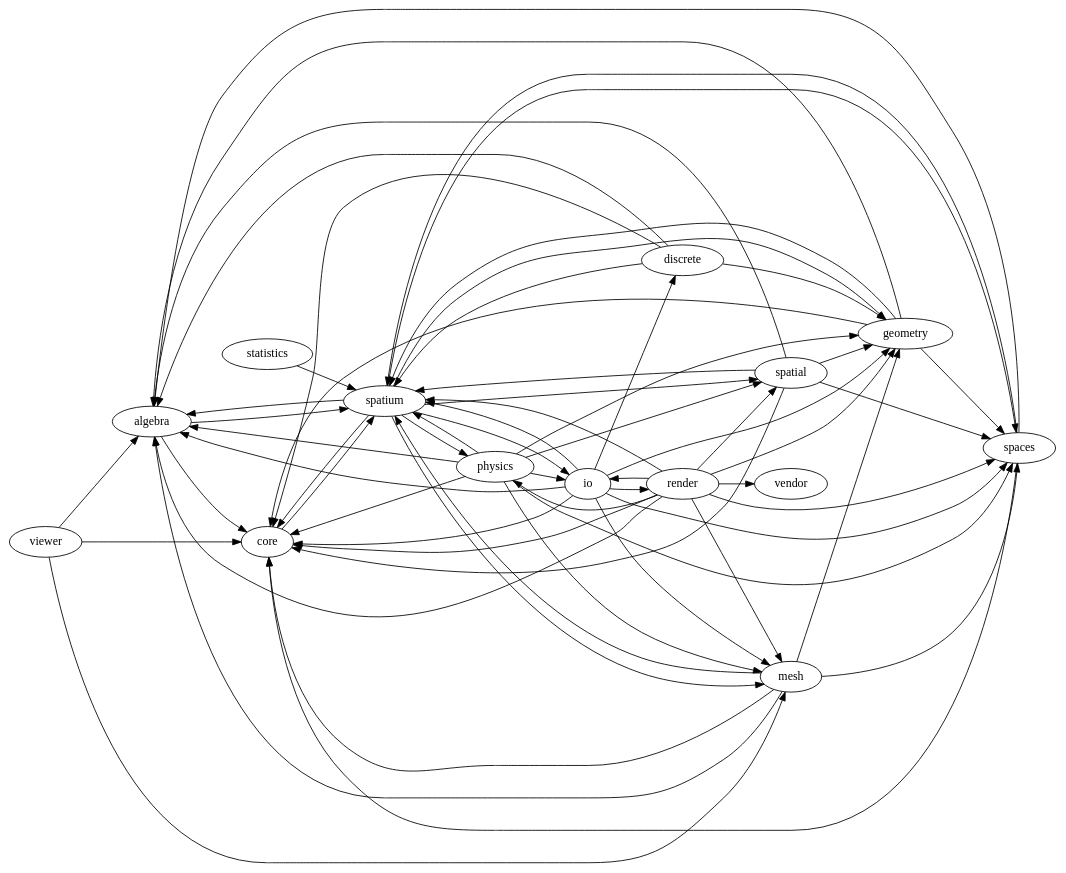
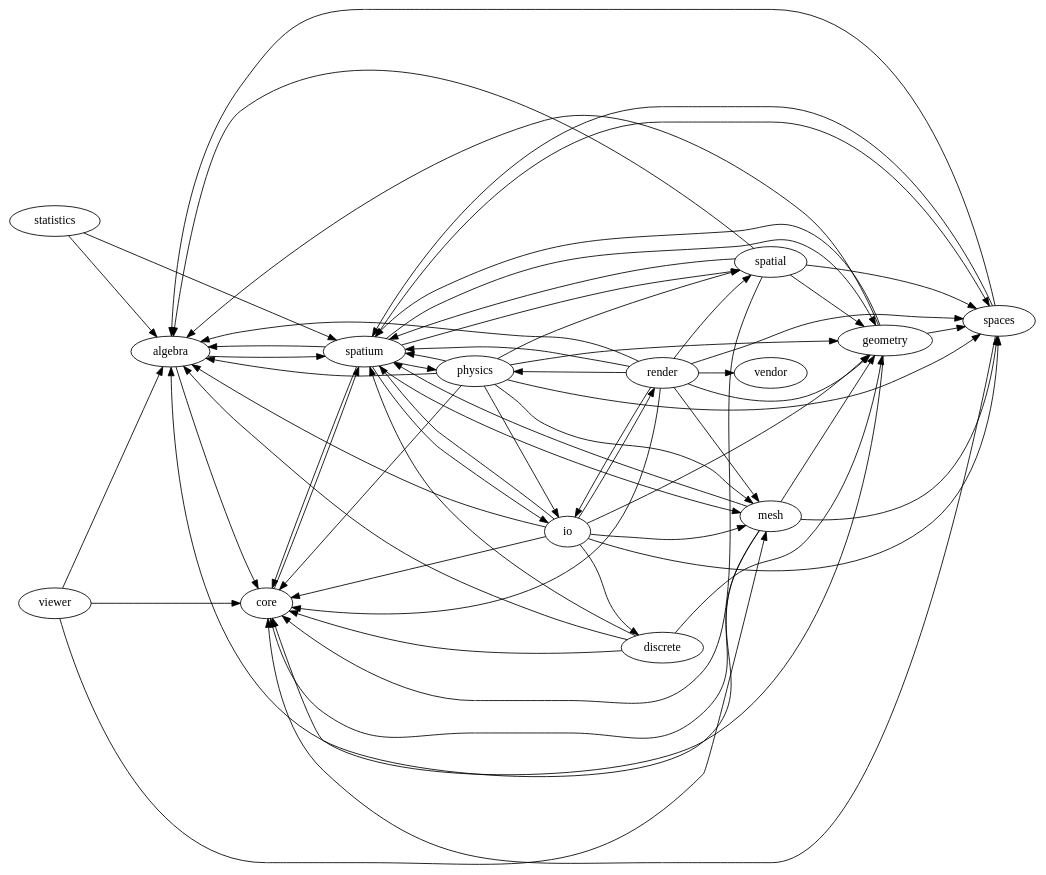
Before and after one commit to Vaniell0/spatium: the diagram in docs/dependency-graph.dot, drawn with Graphviz. The commit also changed 14 other files, not shown here.

First line of the commit message:
algebra, statistics: a tree that scores a row, grown by CART; a policy distilled into trees (#168)

```diff
--- a/docs/dependency-graph.dot
+++ b/docs/dependency-graph.dot
@@ -1,65 +1,66 @@
 digraph spatium_dependencies {
     rankdir=LR;
     "algebra" -> "core";
     "algebra" -> "spatium";
     "core" -> "spatium";
     "discrete" -> "algebra";
     "discrete" -> "core";
     "discrete" -> "geometry";
     "discrete" -> "spatium";
     "geometry" -> "algebra";
     "geometry" -> "core";
     "geometry" -> "spaces";
     "geometry" -> "spatium";
     "io" -> "algebra";
     "io" -> "core";
     "io" -> "discrete";
     "io" -> "geometry";
     "io" -> "mesh";
     "io" -> "render";
     "io" -> "spaces";
     "io" -> "spatium";
     "mesh" -> "algebra";
     "mesh" -> "core";
     "mesh" -> "geometry";
     "mesh" -> "spaces";
     "mesh" -> "spatium";
     "physics" -> "algebra";
     "physics" -> "core";
     "physics" -> "geometry";
     "physics" -> "io";
     "physics" -> "mesh";
     "physics" -> "spaces";
     "physics" -> "spatial";
     "physics" -> "spatium";
     "render" -> "algebra";
     "render" -> "core";
     "render" -> "geometry";
     "render" -> "io";
     "render" -> "mesh";
     "render" -> "physics";
     "render" -> "spaces";
     "render" -> "spatial";
     "render" -> "spatium";
     "render" -> "vendor";
     "spaces" -> "algebra";
     "spaces" -> "core";
     "spaces" -> "spatium";
     "spatial" -> "algebra";
     "spatial" -> "core";
     "spatial" -> "geometry";
     "spatial" -> "spaces";
     "spatial" -> "spatium";
     "spatium" -> "algebra";
     "spatium" -> "core";
     "spatium" -> "geometry";
     "spatium" -> "io";
     "spatium" -> "mesh";
     "spatium" -> "physics";
     "spatium" -> "spaces";
     "spatium" -> "spatial";
+    "statistics" -> "algebra";
     "statistics" -> "spatium";
     "viewer" -> "algebra";
     "viewer" -> "core";
     "viewer" -> "mesh";
 }
```
